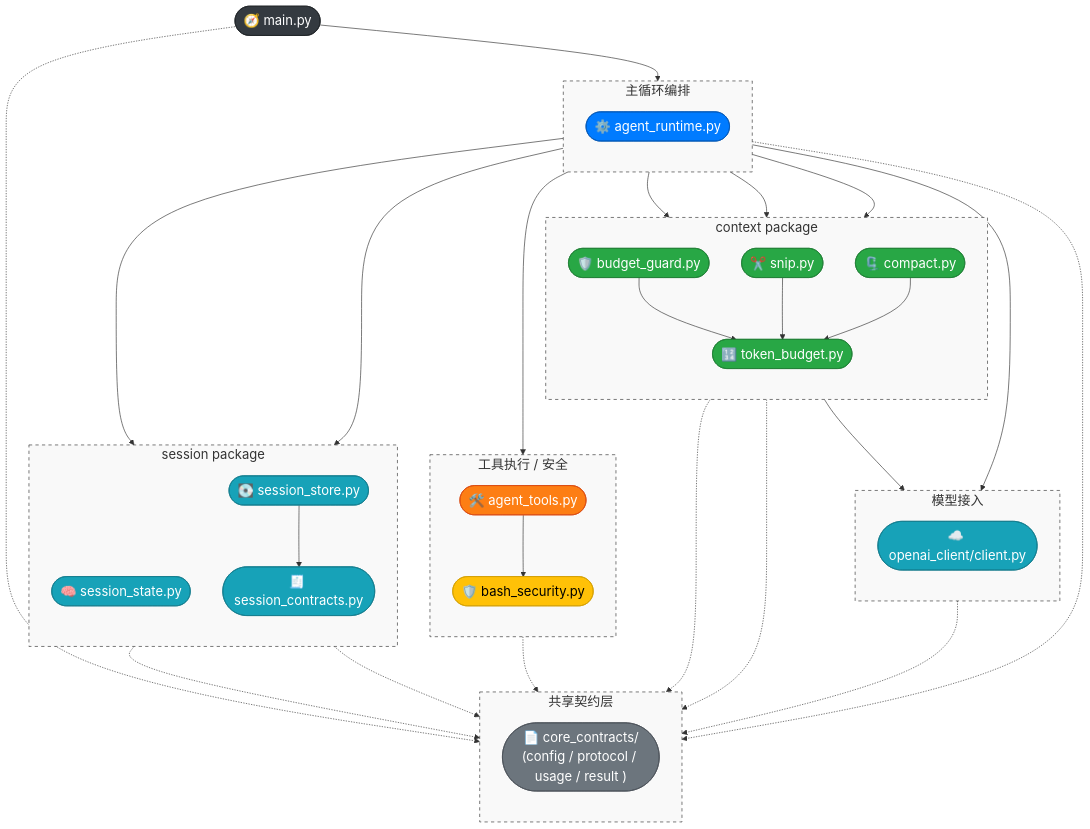
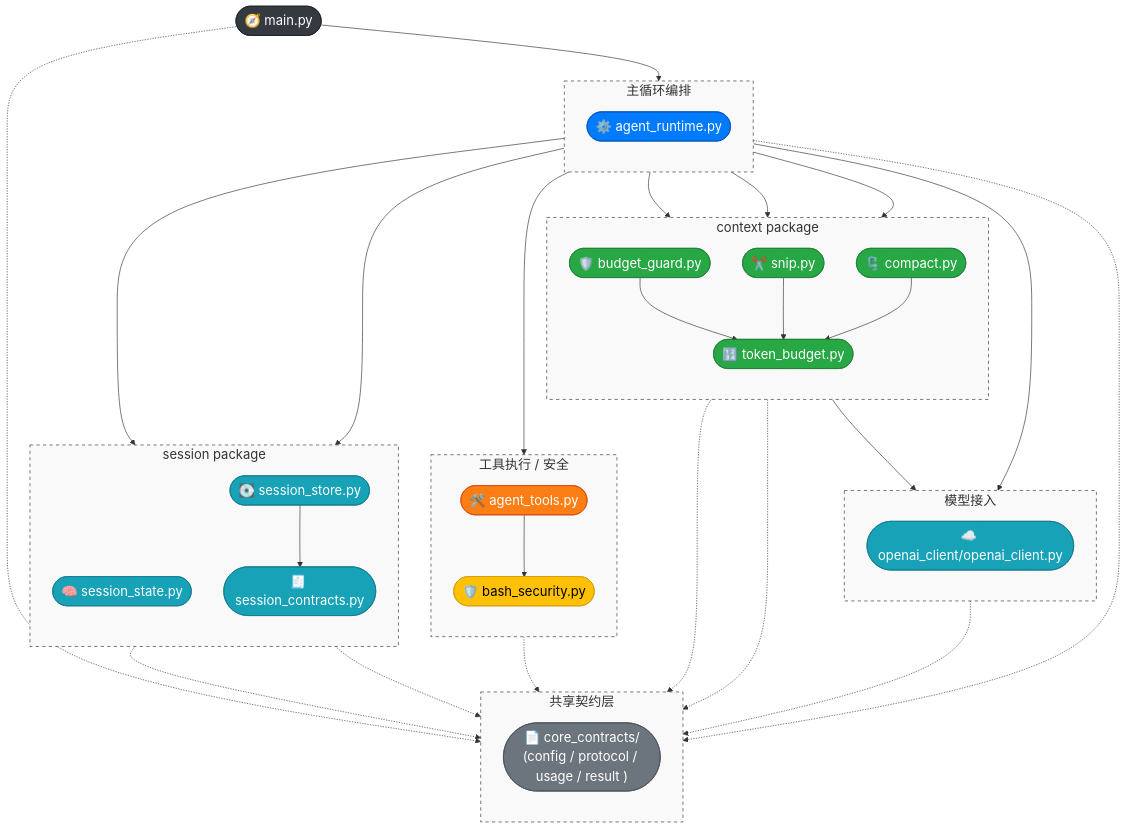
One commit to WenXingming/ClawCodeAgent changed the diagram in docs/Architecture.md. Above: the diagram before and after it, drawn with Mermaid. The commit also changed other lines of this file and 14 other files, not shown here.

```diff
--- a/docs/Architecture.md
+++ b/docs/Architecture.md
@@ -41,7 +41,7 @@
     %% ================= Core Infra（关键：上移） =================
     subgraph External [模型接入]
         direction TB
-        n_openai_client(["☁️ openai_client/client.py"])
+        n_openai_client(["☁️ openai_client/openai_client.py"])
         style External fill:#f9f9f9,stroke:#333,stroke-dasharray: 5 5
     end
 
```
